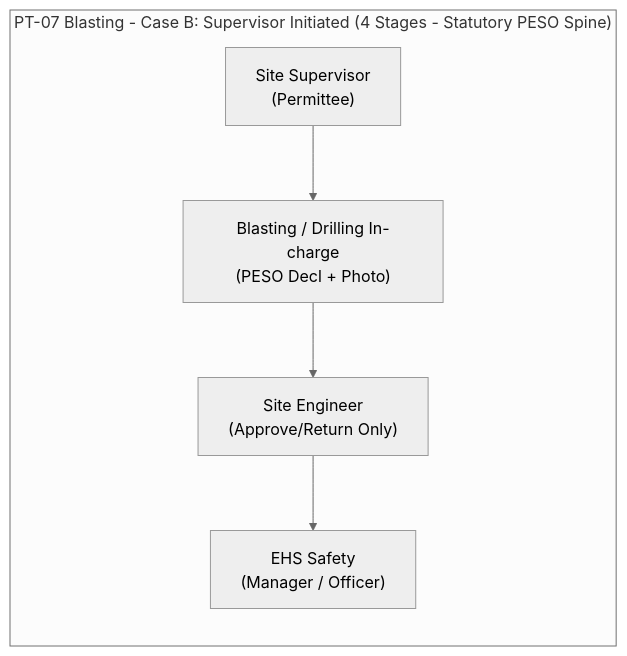
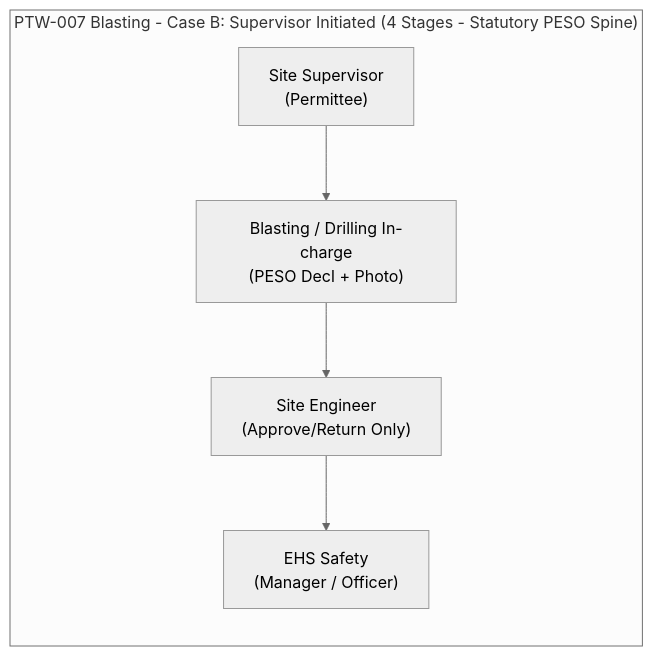
The tenth of 31 diagrams in README.md (AuroGroupAutomationBot/ARPL-EHS-Demo), drawn with Mermaid (neutral theme) before and after one commit. The commit also changed other lines of this file and 17 other files, not shown here.

````diff
--- a/README.md
+++ b/README.md
@@ -411,8 +412,8 @@
 ```mermaid
 graph LR
-    subgraph "PT-07 Blasting - Case B: Supervisor Initiated (4 Stages - Statutory PESO Spine)"
+    subgraph "PTW-007 Blasting - Case B: Supervisor Initiated (4 Stages - Statutory PESO Spine)"
         B1["Site Supervisor<br/>(Permittee)"] --> B2["Blasting / Drilling In-charge<br/>(PESO Decl + Photo)"]
         B2 --> B3["Site Engineer<br/>(Approve/Return Only)"]
         B3 --> B4["EHS Safety<br/>(Manager / Officer)"]
     end
 ```
````
